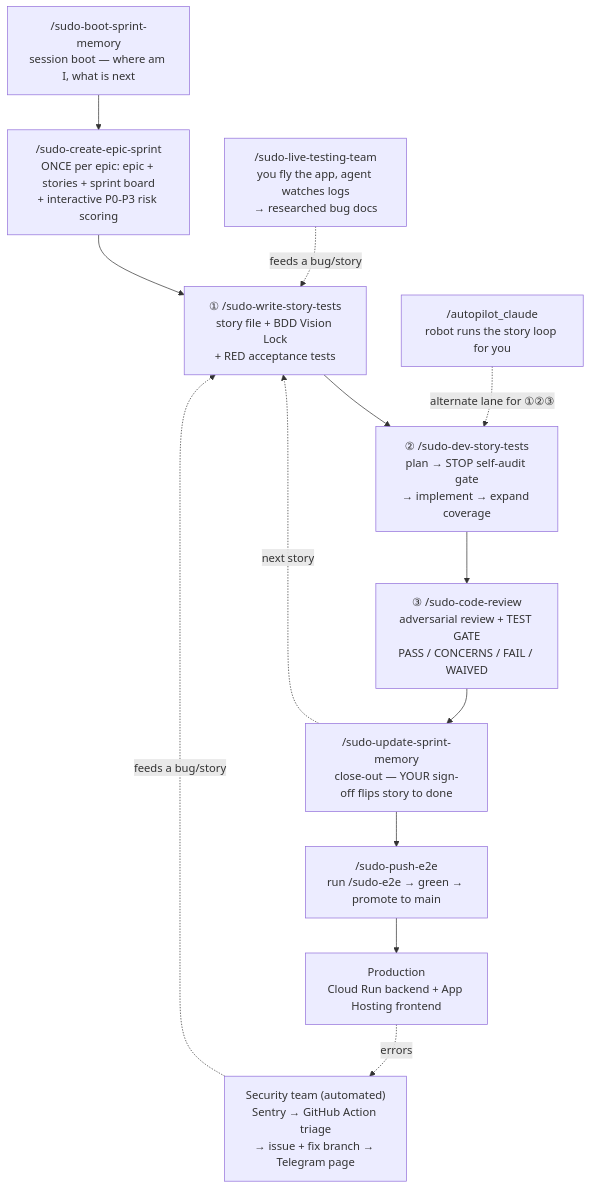
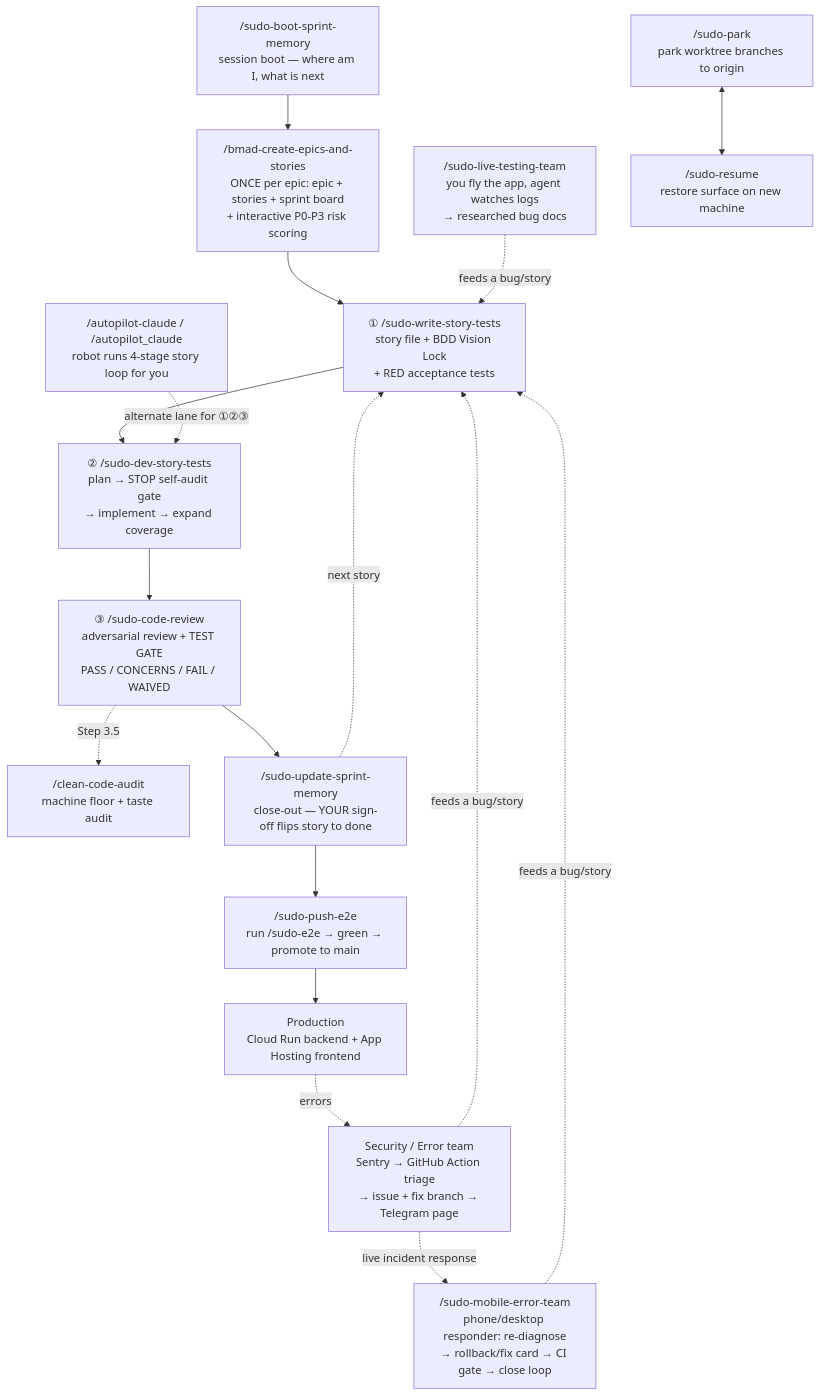
Before and after one commit to sudomadhatter/Sudo_Hatter_Command: the first of 2 diagrams in _my_resources/_quick_reference/sudo_workflows_testing.md, drawn with Mermaid. The commit also changed other lines of this file and 2 other files, not shown here.

Commit message:
docs: add sudo workflow quick reference and centralized task tracking

````diff
--- a/_my_resources/_quick_reference/sudo_workflows_testing.md
+++ b/_my_resources/_quick_reference/sudo_workflows_testing.md
@@ -12,15 +12,19 @@
 ```mermaid
 flowchart TD
-    BOOT["/sudo-boot-sprint-memory\nsession boot — where am I, what is next"] --> KICK["/sudo-create-epic-sprint\nONCE per epic: epic + stories + sprint board\n+ interactive P0-P3 risk scoring"]
+    BOOT["/sudo-boot-sprint-memory\nsession boot — where am I, what is next"] --> KICK["/bmad-create-epics-and-stories\nONCE per epic: epic + stories + sprint board\n+ interactive P0-P3 risk scoring"]
     KICK --> ONE["① /sudo-write-story-tests\nstory file + BDD Vision Lock\n+ RED acceptance tests"]
     ONE --> TWO["② /sudo-dev-story-tests\nplan → STOP self-audit gate\n→ implement → expand coverage"]
     TWO --> THREE["③ /sudo-code-review\nadversarial review + TEST GATE\nPASS / CONCERNS / FAIL / WAIVED"]
+    THREE -.->|"Step 3.5"| CLEAN["/clean-code-audit\nmachine floor + taste audit"]
     THREE --> CLOSE["/sudo-update-sprint-memory\nclose-out — YOUR sign-off flips story to done"]
     CLOSE -.->|"next story"| ONE
     CLOSE --> SHIP["/sudo-push-e2e\nrun /sudo-e2e → green → promote to main"]
     SHIP --> PROD["Production\nCloud Run backend + App Hosting frontend"]
-    PROD -.->|"errors"| SEC["Security team (automated)\nSentry → GitHub Action triage\n→ issue + fix branch → Telegram page"]
+    PROD -.->|"errors"| SEC["Security / Error team\nSentry → GitHub Action triage\n→ issue + fix branch → Telegram page"]
+    SEC -.->|"live incident response"| MOBERR["/sudo-mobile-error-team\nphone/desktop responder: re-diagnose\n→ rollback/fix card → CI gate → close loop"]
+    MOBERR -.->|"feeds a bug/story"| ONE
     SEC -.->|"feeds a bug/story"| ONE
     LIVE["/sudo-live-testing-team\nyou fly the app, agent watches logs\n→ researched bug docs"] -.->|"feeds a bug/story"| ONE
-    AP["/autopilot_claude\nrobot runs the story loop for you"] -.->|"alternate lane for ①②③"| TWO
+    AP["/autopilot-claude / /autopilot_claude\nrobot runs 4-stage story loop for you"] -.->|"alternate lane for ①②③"| TWO
+    PARK["/sudo-park\npark worktree branches to origin"] <--> RESUME["/sudo-resume\nrestore surface on new machine"]
 ```
````
